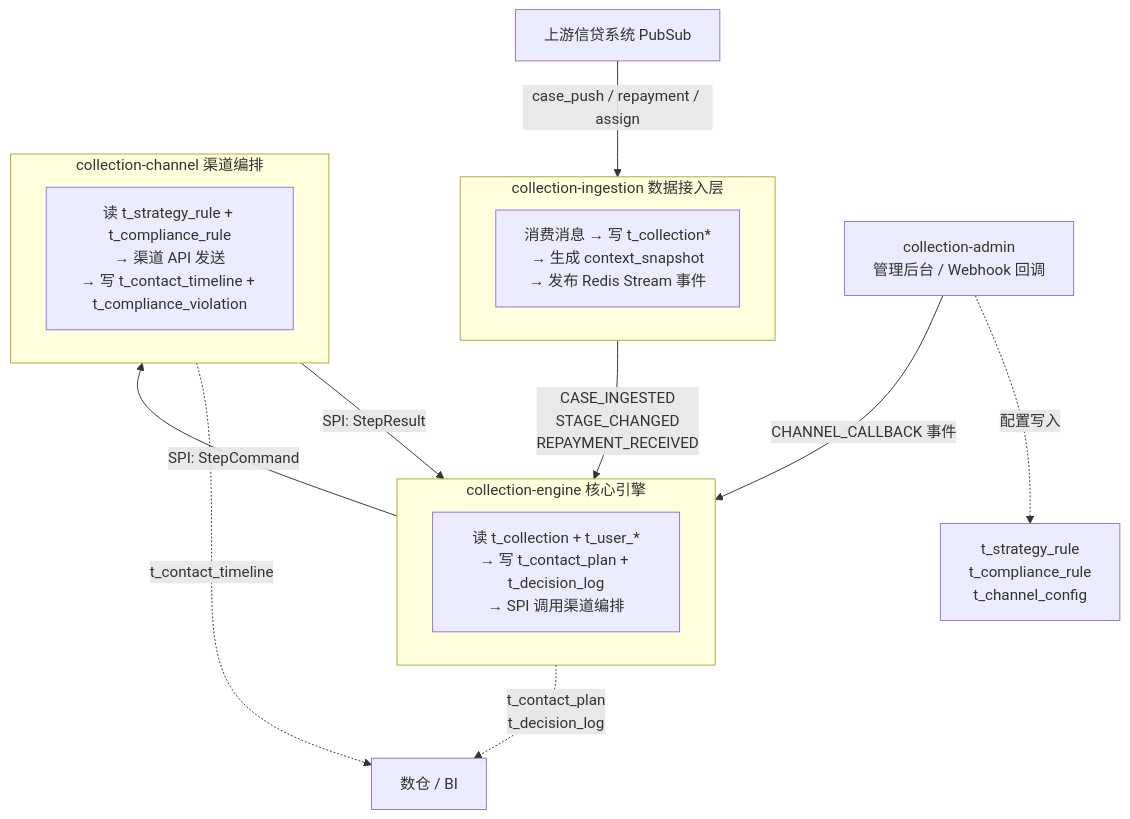
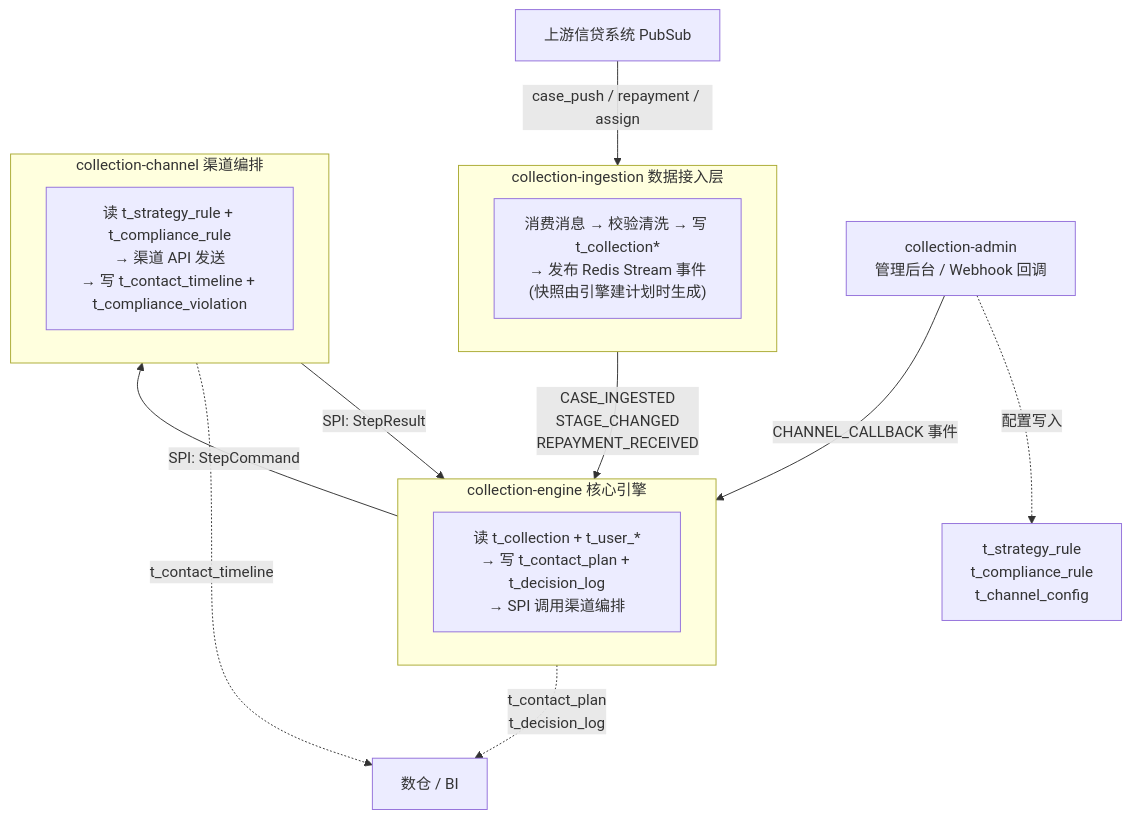
Before and after one commit to katherineliu2102/Intelligent-Collection-V1: the diagram in docs/MOCASA催收系统升级_Phase1_领域模型与数据定义.md, drawn with Mermaid. The commit also changed other lines of this file and 35 other files, not shown here.

````diff
--- a/docs/MOCASA催收系统升级_Phase1_领域模型与数据定义.md
+++ b/docs/MOCASA催收系统升级_Phase1_领域模型与数据定义.md
@@ -37,29 +37,29 @@
 ```mermaid
 flowchart TD
     EXT["上游信贷系统 PubSub"] -->|"case_push / repayment / assign"| ING
 
     subgraph ING["collection-ingestion 数据接入层"]
-        I1["消费消息 → 写 t_collection*\n→ 生成 context_snapshot\n→ 发布 Redis Stream 事件"]
+        I1["消费消息 → 校验清洗 → 写 t_collection*\n→ 发布 Redis Stream 事件\n(快照由引擎建计划时生成)"]
     end
 
     ING -->|"CASE_INGESTED\nSTAGE_CHANGED\nREPAYMENT_RECEIVED"| ENG
 
     subgraph ENG["collection-engine 核心引擎"]
         E1["读 t_collection + t_user_*\n→ 写 t_contact_plan + t_decision_log\n→ SPI 调用渠道编排"]
     end
 
     ENG -->|"SPI: StepCommand"| CH
     CH -->|"SPI: StepResult"| ENG
 
     subgraph CH["collection-channel 渠道编排"]
         C1["读 t_strategy_rule + t_compliance_rule\n→ 渠道 API 发送\n→ 写 t_contact_timeline + t_compliance_violation"]
     end
 
     ADM["collection-admin\n管理后台 / Webhook 回调"]
     ADM -->|"CHANNEL_CALLBACK 事件"| ENG
     ADM -.->|"配置写入"| CFG["t_strategy_rule\nt_compliance_rule\nt_channel_config"]
 
     DW["数仓 / BI"]
     ENG -.->|"t_contact_plan\nt_decision_log"| DW
     CH -.->|"t_contact_timeline"| DW
 ```
````
